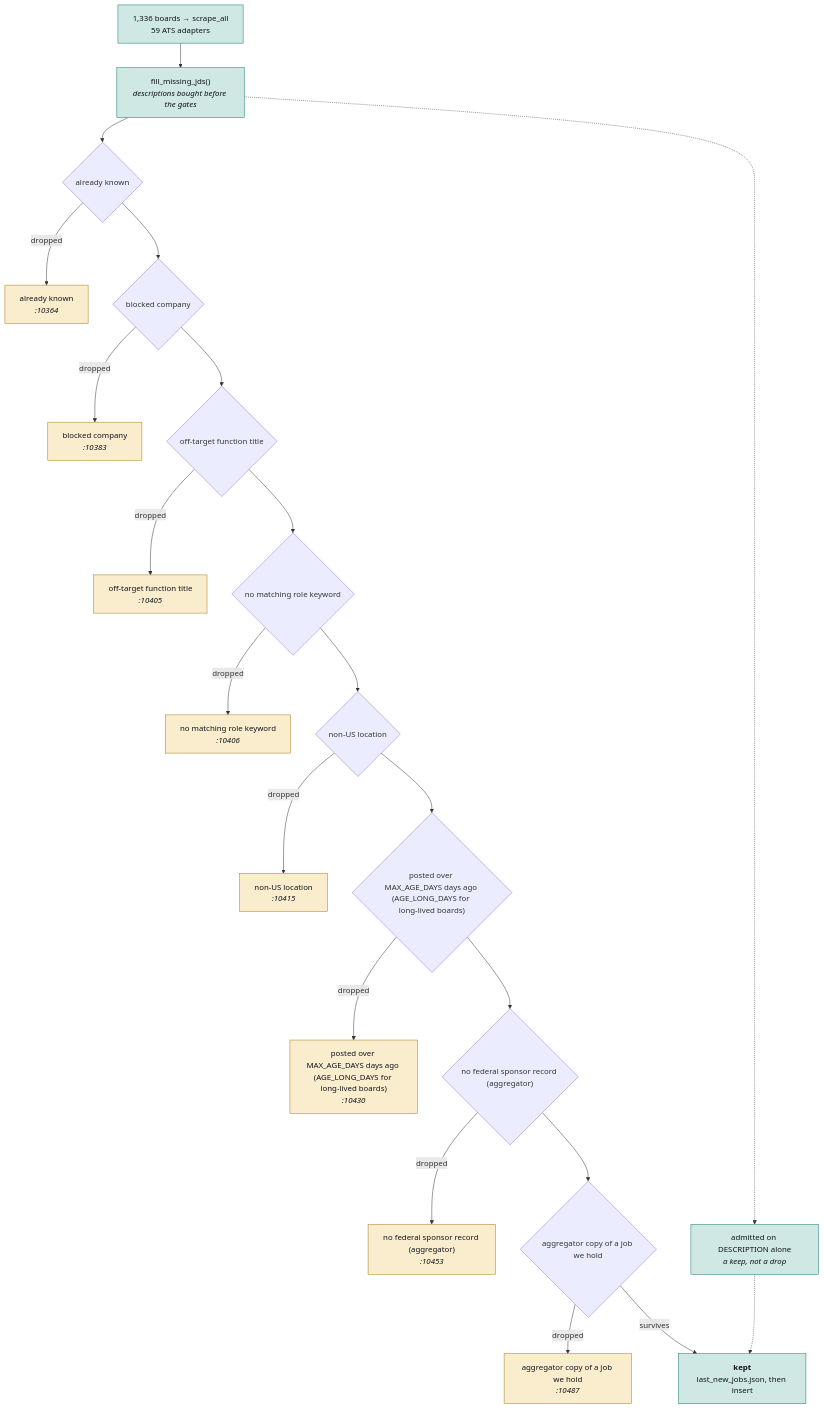
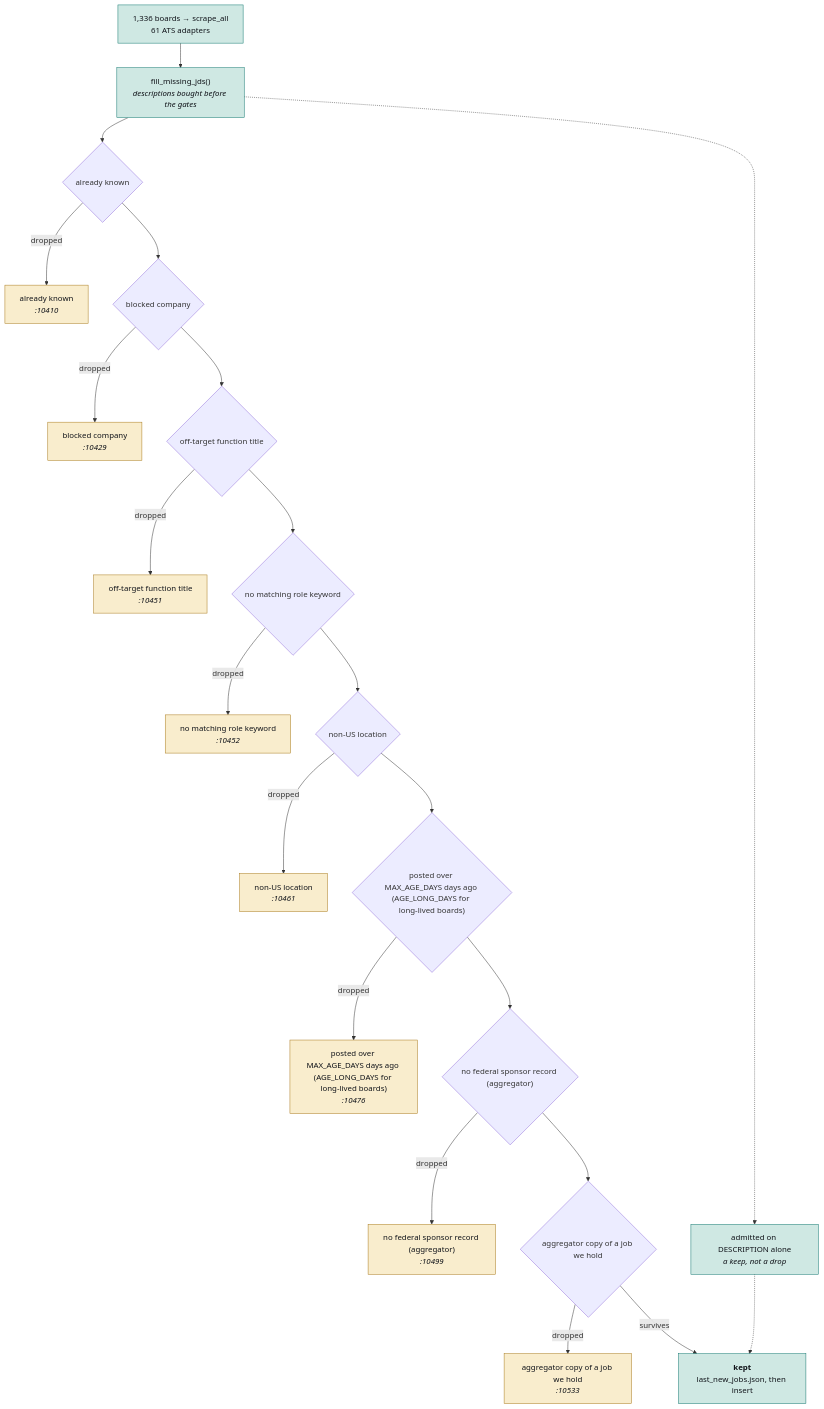
The second of 4 diagrams in JobMatch Scraper/docs/ARCHITECTURE.md (hadakunal909-debug/job-search-tool), drawn with Mermaid before and after one commit. The commit also changed other lines of this file and 16 other files, not shown here.

````diff
--- a/JobMatch Scraper/docs/ARCHITECTURE.md
+++ b/JobMatch Scraper/docs/ARCHITECTURE.md
@@ -127,54 +127,54 @@
 ```mermaid
 flowchart TB
-  SRC["1,336 boards → scrape_all<br/>59 ATS adapters"]
+  SRC["1,336 boards → scrape_all<br/>61 ATS adapters"]
   JD["fill_missing_jds()<br/><i>descriptions bought before the gates</i>"]
   SRC --> JD
   G0{"already known"}
-  D0["already known<br/><i>:10364</i>"]
+  D0["already known<br/><i>:10410</i>"]
   JD --> G0
   G0 -->|dropped| D0
   class D0 trap
   G1{"blocked company"}
-  D1["blocked company<br/><i>:10383</i>"]
+  D1["blocked company<br/><i>:10429</i>"]
   G0 --> G1
   G1 -->|dropped| D1
   class D1 trap
   G2{"off-target function title"}
-  D2["off-target function title<br/><i>:10405</i>"]
+  D2["off-target function title<br/><i>:10451</i>"]
   G1 --> G2
   G2 -->|dropped| D2
   class D2 trap
   G3{"no matching role keyword"}
-  D3["no matching role keyword<br/><i>:10406</i>"]
+  D3["no matching role keyword<br/><i>:10452</i>"]
   G2 --> G3
   G3 -->|dropped| D3
   class D3 trap
   G4{"non-US location"}
-  D4["non-US location<br/><i>:10415</i>"]
+  D4["non-US location<br/><i>:10461</i>"]
   G3 --> G4
   G4 -->|dropped| D4
   class D4 trap
   G5{"posted over MAX_AGE_DAYS days ago (AGE_LONG_DAYS for long-lived boards)"}
-  D5["posted over MAX_AGE_DAYS days ago (AGE_LONG_DAYS for long-lived boards)<br/><i>:10430</i>"]
+  D5["posted over MAX_AGE_DAYS days ago (AGE_LONG_DAYS for long-lived boards)<br/><i>:10476</i>"]
   G4 --> G5
   G5 -->|dropped| D5
   class D5 trap
   G6{"no federal sponsor record (aggregator)"}
-  D6["no federal sponsor record (aggregator)<br/><i>:10453</i>"]
+  D6["no federal sponsor record (aggregator)<br/><i>:10499</i>"]
   G5 --> G6
   G6 -->|dropped| D6
   class D6 trap
   G7{"aggregator copy of a job we hold"}
-  D7["aggregator copy of a job we hold<br/><i>:10487</i>"]
+  D7["aggregator copy of a job we hold<br/><i>:10533</i>"]
   G6 --> G7
   G7 -->|dropped| D7
   class D7 trap
   KEEP["<b>kept</b><br/>last_new_jobs.json, then insert"]
   G7 -->|survives| KEEP
   RESCUE["admitted on DESCRIPTION alone<br/><i>a keep, not a drop</i>"]
   JD -.-> RESCUE
   RESCUE -.-> KEEP
   classDef trap fill:#f9edcd,stroke:#a8781a,color:#101319
   classDef sched fill:#cfe8e3,stroke:#0f766e,color:#101319
   class SRC,JD,KEEP,RESCUE sched
 ```
````
